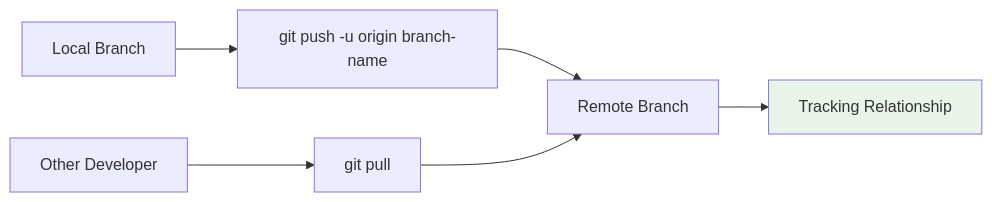
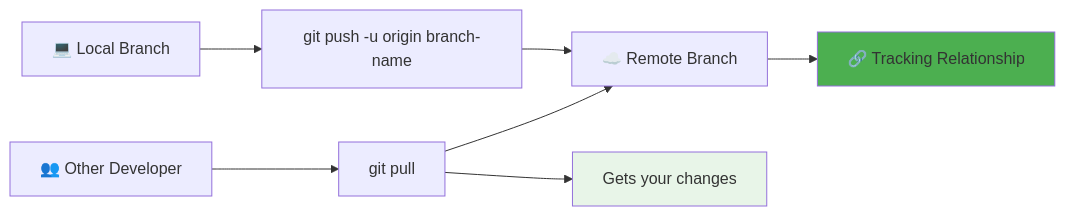
Diagram 11 of 13 in 01 - Git/07 - Branches.md (blackmaskexe/github-foundations), drawn with Mermaid before and after one commit. The commit also changed other lines of this file, not shown here.

Commit message:
replace gitgraph with mermaid

````diff
--- a/01 - Git/07 - Branches.md
+++ b/01 - Git/07 - Branches.md
@@ -317,11 +285,13 @@
 ```mermaid
-flowchart LR
-    A[Local Branch] --> B[git push -u origin branch-name]
-    B --> C[Remote Branch]
-    C --> D[Tracking Relationship]
+graph LR
+    A[💻 Local Branch] --> B[git push -u origin branch-name]
+    B --> C[☁️ Remote Branch]
+    C --> D[🔗 Tracking Relationship]
 
-    E[Other Developer] --> F[git pull]
+    E[👥 Other Developer] --> F[git pull]
     F --> C
+    F --> G[Gets your changes]
 
-    style D fill:#e8f5e8
+    style D fill:#4caf50
+    style G fill:#e8f5e8
 ```
````
